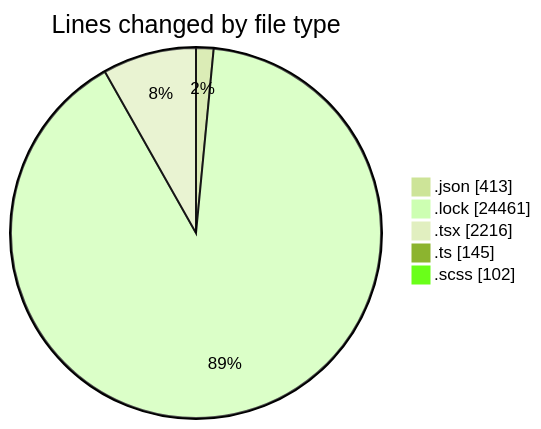
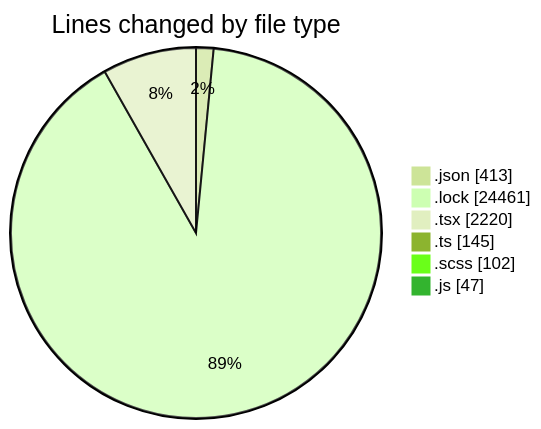
One commit to momahboobian/code-tracking changed the first of 2 diagrams in 2026-05-14/cda/README.md. Above: the diagram before and after it, drawn with Mermaid (forest theme). The commit also changed other lines of this file and 1 other file, not shown here.

````diff
--- a/2026-05-14/cda/README.md
+++ b/2026-05-14/cda/README.md
@@ -38,9 +39,10 @@
 ```mermaid
 pie showData
 title Lines changed by file type
 ".json" : 413
 ".lock" : 24461
-".tsx" : 2216
+".tsx" : 2220
 ".ts" : 145
 ".scss" : 102
+".js" : 47
 ```
````
